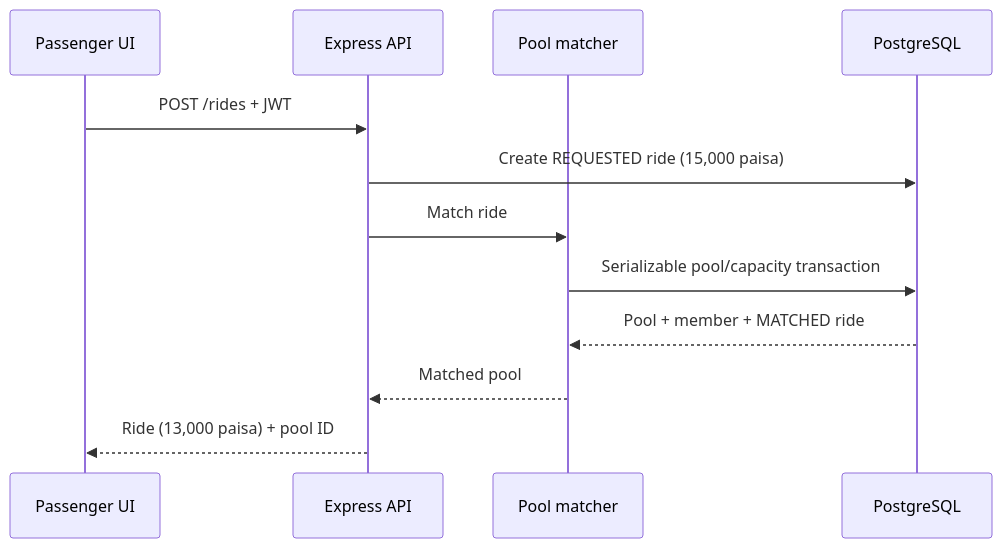
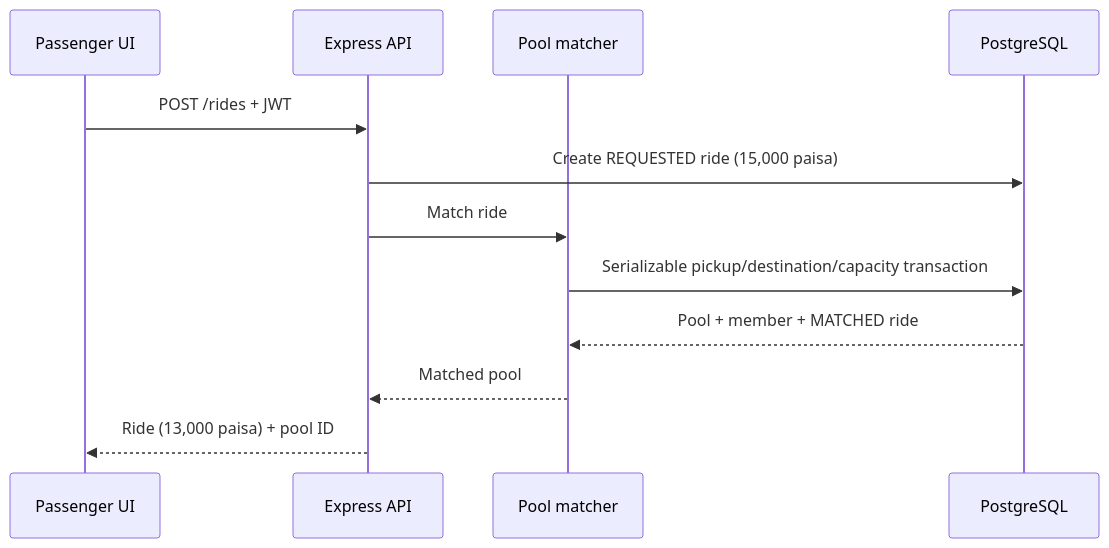
One commit to 17324Mahir/dhaka-tesla-pool changed the second of 4 diagrams in docs/architecture.md. Above: the diagram before and after it, drawn with Mermaid. The commit also changed other lines of this file and 48 other files, not shown here.

````diff
--- a/docs/architecture.md
+++ b/docs/architecture.md
@@ -42,15 +42,15 @@
 ```mermaid
 sequenceDiagram
     participant P as Passenger UI
     participant A as Express API
     participant M as Pool matcher
     participant DB as PostgreSQL
 
     P->>A: POST /rides + JWT
     A->>DB: Create REQUESTED ride (15,000 paisa)
     A->>M: Match ride
-    M->>DB: Serializable pool/capacity transaction
+    M->>DB: Serializable pickup/destination/capacity transaction
     DB-->>M: Pool + member + MATCHED ride
     M-->>A: Matched pool
     A-->>P: Ride (13,000 paisa) + pool ID
 ```
````
